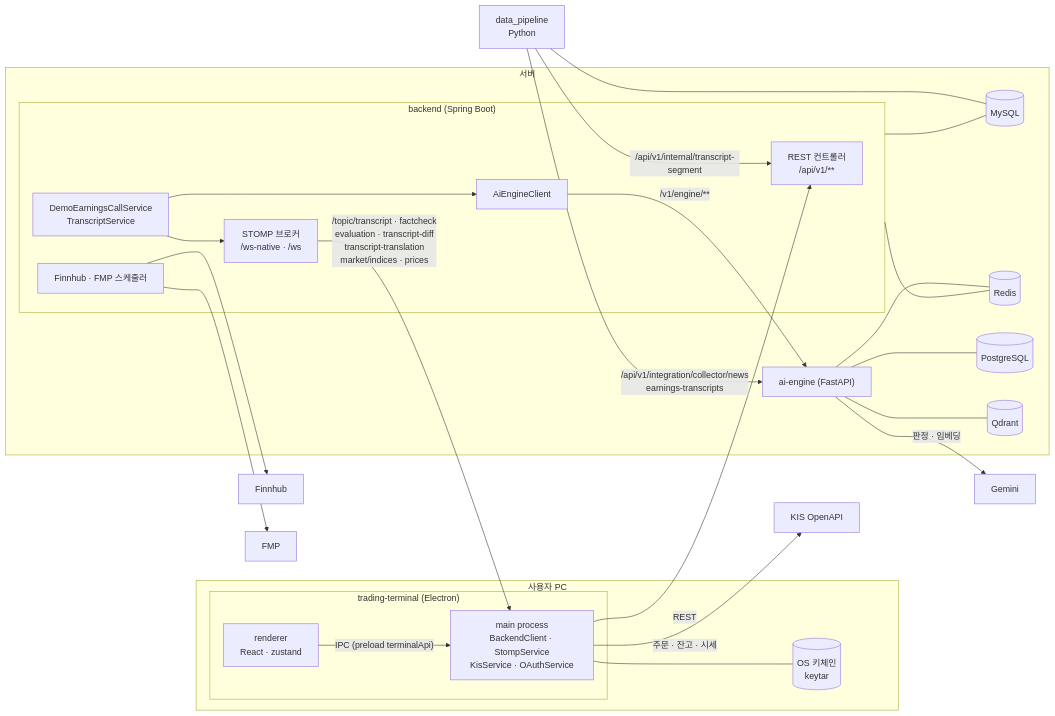
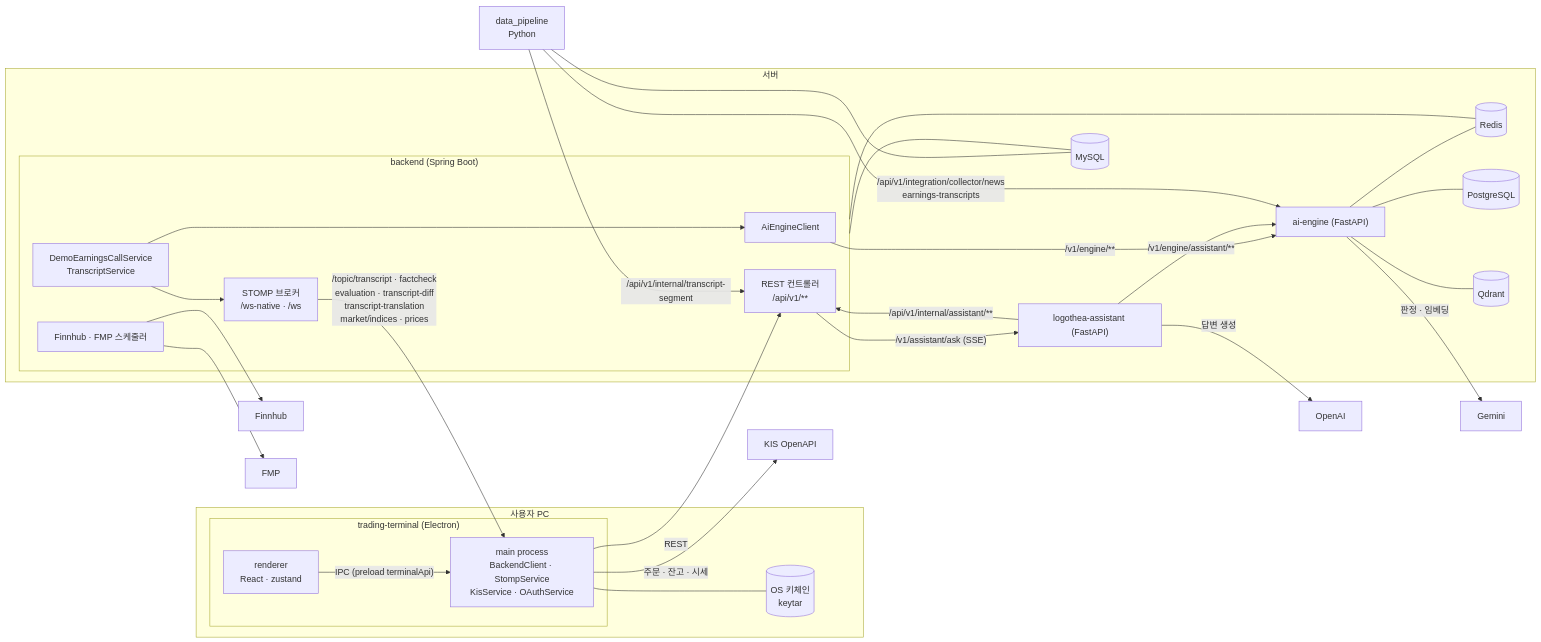
The first of 5 diagrams in docs/developer/architecture.md (keonha123/Earning-Whisperer), drawn with Mermaid before and after one commit. The commit also changed other lines of this file and 12 other files, not shown here.

First line of the commit message:
docs(repo): 어닝콜 질의응답 문서를 더하고 logothea-assistant 를 문서 체계에 넣습니다

````diff
--- a/docs/developer/architecture.md
+++ b/docs/developer/architecture.md
@@ -18,51 +19,57 @@
 ```mermaid
 flowchart LR
     subgraph PC["사용자 PC"]
         subgraph T["trading-terminal (Electron)"]
             R["renderer<br/>React · zustand"]
             M["main process<br/>BackendClient · StompService<br/>KisService · OAuthService"]
             R -- "IPC (preload terminalApi)" --> M
         end
         KC[("OS 키체인<br/>keytar")]
         M --- KC
     end
 
     subgraph Server["서버"]
         subgraph B["backend (Spring Boot)"]
             BC["REST 컨트롤러<br/>/api/v1/**"]
             BW["STOMP 브로커<br/>/ws-native · /ws"]
             BD["DemoEarningsCallService<br/>TranscriptService"]
             BA["AiEngineClient"]
             BS["Finnhub · FMP 스케줄러"]
         end
         A["ai-engine (FastAPI)"]
+        AS["logothea-assistant (FastAPI)"]
         MY[("MySQL")]
         RD[("Redis")]
         PG[("PostgreSQL")]
         QD[("Qdrant")]
     end
 
     P["data_pipeline<br/>Python"]
     KIS["KIS OpenAPI"]
     FH["Finnhub"]
     FMP["FMP"]
     GM["Gemini"]
+    OA["OpenAI"]
 
     M -- "REST" --> BC
     BW -- "/topic/transcript · factcheck<br/>evaluation · transcript-diff<br/>transcript-translation<br/>market/indices · prices" --> M
     M -- "주문 · 잔고 · 시세" --> KIS
     BD --> BW
     BD --> BA
     BA -- "/v1/engine/**" --> A
     BS --> FH
     BS --> FMP
     B --- MY
     B --- RD
     A --- PG
     A --- RD
     P --- MY
     A --- QD
     A -- "판정 · 임베딩" --> GM
+    BC -- "/v1/assistant/ask (SSE)" --> AS
+    AS -- "/api/v1/internal/assistant/**" --> BC
+    AS -- "/v1/engine/assistant/**" --> A
+    AS -- "답변 생성" --> OA
     P -- "/api/v1/internal/transcript-segment" --> BC
     P -- "/api/v1/integration/collector/news<br/>earnings-transcripts" --> A
 ```
````
